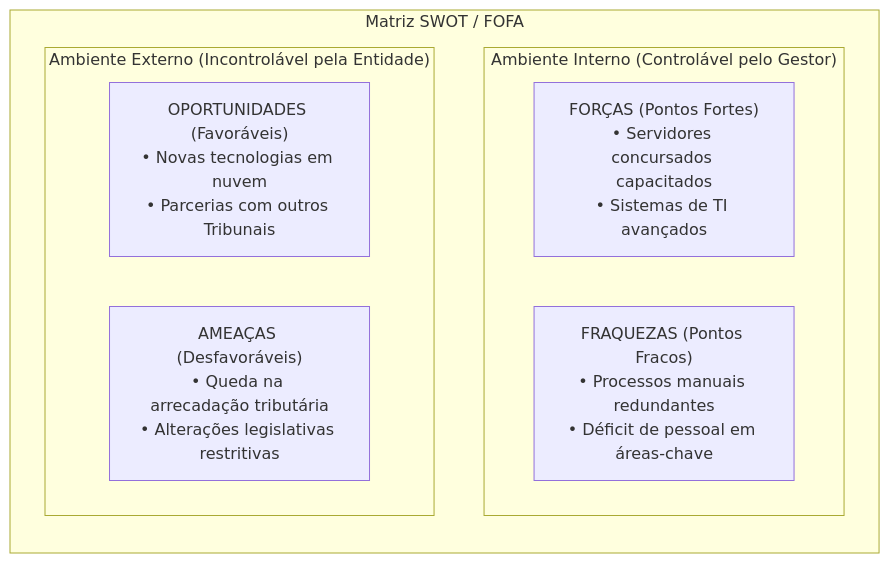
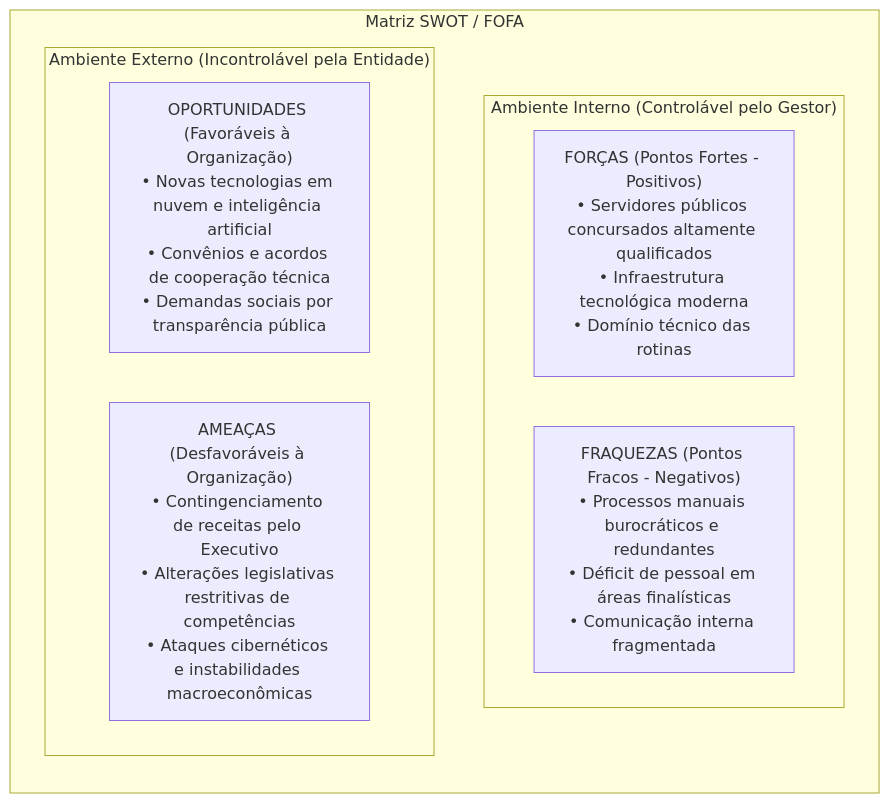
One commit to thiagosantos346/TCE-GO-2027 changed the third of 6 diagrams in fontes_de_estudo/conhecimentos_especificos_a01_tecnico_administrativo/21_nocoes_de_administracao_publica/04_planejamento_estrategico_indicadores_e_gestao_por_competencias.md. Above: the diagram before and after it, drawn with Mermaid. The commit also changed other lines of this file and 119 other files, not shown here.

````diff
--- a/fontes_de_estudo/conhecimentos_especificos_a01_tecnico_administrativo/21_nocoes_de_administracao_publica/04_planejamento_estrategico_indicadores_e_gestao_por_competencias.md
+++ b/fontes_de_estudo/conhecimentos_especificos_a01_tecnico_administrativo/21_nocoes_de_administracao_publica/04_planejamento_estrategico_indicadores_e_gestao_por_competencias.md
@@ -126,14 +122,14 @@
 ```mermaid
 flowchart TD
     subgraph SWOT ["Matriz SWOT / FOFA"]
         direction TB
         subgraph Interno ["Ambiente Interno (Controlável pelo Gestor)"]
-            F["FORÇAS (Pontos Fortes)<br/>• Servidores concursados capacitados<br/>• Sistemas de TI avançados"]
-            W["FRAQUEZAS (Pontos Fracos)<br/>• Processos manuais redundantes<br/>• Déficit de pessoal em áreas-chave"]
+            F["FORÇAS (Pontos Fortes - Positivos)<br/>• Servidores públicos concursados altamente qualificados<br/>• Infraestrutura tecnológica moderna<br/>• Domínio técnico das rotinas"]
+            W["FRAQUEZAS (Pontos Fracos - Negativos)<br/>• Processos manuais burocráticos e redundantes<br/>• Déficit de pessoal em áreas finalísticas<br/>• Comunicação interna fragmentada"]
         end
         subgraph Externo ["Ambiente Externo (Incontrolável pela Entidade)"]
-            O["OPORTUNIDADES (Favoráveis)<br/>• Novas tecnologias em nuvem<br/>• Parcerias com outros Tribunais"]
-            T["AMEAÇAS (Desfavoráveis)<br/>• Queda na arrecadação tributária<br/>• Alterações legislativas restritivas"]
+            O["OPORTUNIDADES (Favoráveis à Organização)<br/>• Novas tecnologias em nuvem e inteligência artificial<br/>• Convênios e acordos de cooperação técnica<br/>• Demandas sociais por transparência pública"]
+            T["AMEAÇAS (Desfavoráveis à Organização)<br/>• Contingenciamento de receitas pelo Executivo<br/>• Alterações legislativas restritivas de competências<br/>• Ataques cibernéticos e instabilidades macroeconômicas"]
         end
     end
 ```
````
